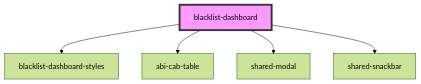
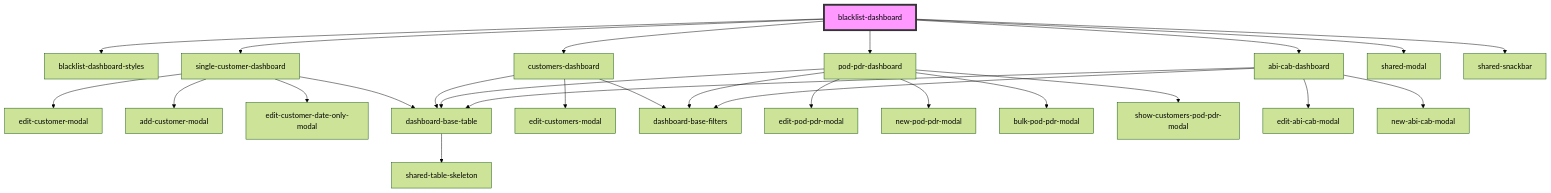
The diagram in src/components/blacklist-dashboard/readme.md (chiarazetaa/sorgenia-blacklist-webcomponent), drawn with Mermaid (forest theme) before and after one commit. The commit also changed other lines of this file and 11 other files, not shown here.

````diff
--- a/src/components/blacklist-dashboard/readme.md
+++ b/src/components/blacklist-dashboard/readme.md
@@ -25,8 +29,29 @@
 ```mermaid
 graph TD;
   blacklist-dashboard --> blacklist-dashboard-styles
-  blacklist-dashboard --> abi-cab-table
+  blacklist-dashboard --> single-customer-dashboard
+  blacklist-dashboard --> customers-dashboard
+  blacklist-dashboard --> pod-pdr-dashboard
+  blacklist-dashboard --> abi-cab-dashboard
   blacklist-dashboard --> shared-modal
   blacklist-dashboard --> shared-snackbar
+  single-customer-dashboard --> edit-customer-modal
+  single-customer-dashboard --> add-customer-modal
+  single-customer-dashboard --> edit-customer-date-only-modal
+  single-customer-dashboard --> dashboard-base-table
+  dashboard-base-table --> shared-table-skeleton
+  customers-dashboard --> edit-customers-modal
+  customers-dashboard --> dashboard-base-filters
+  customers-dashboard --> dashboard-base-table
+  pod-pdr-dashboard --> edit-pod-pdr-modal
+  pod-pdr-dashboard --> new-pod-pdr-modal
+  pod-pdr-dashboard --> bulk-pod-pdr-modal
+  pod-pdr-dashboard --> show-customers-pod-pdr-modal
+  pod-pdr-dashboard --> dashboard-base-filters
+  pod-pdr-dashboard --> dashboard-base-table
+  abi-cab-dashboard --> edit-abi-cab-modal
+  abi-cab-dashboard --> new-abi-cab-modal
+  abi-cab-dashboard --> dashboard-base-filters
+  abi-cab-dashboard --> dashboard-base-table
   style blacklist-dashboard fill:#f9f,stroke:#333,stroke-width:4px
 ```
````
